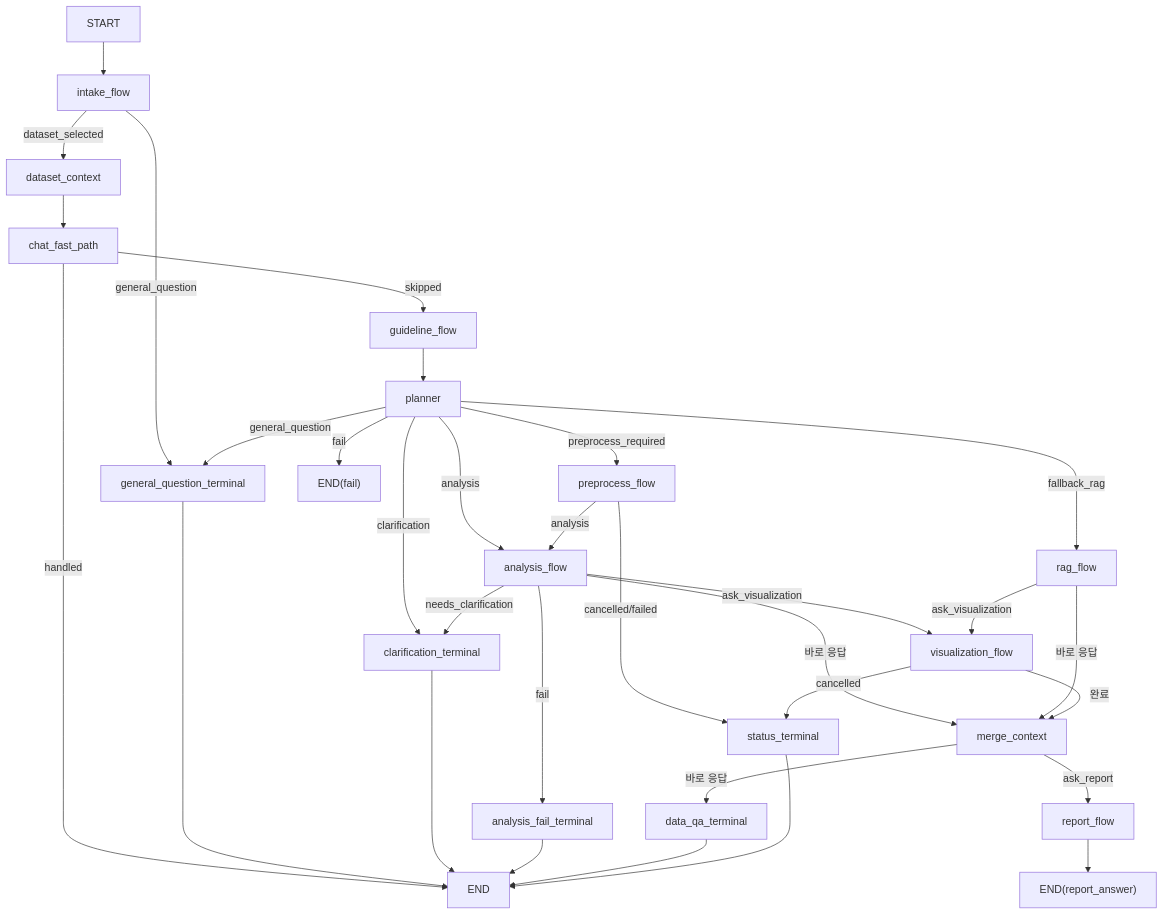
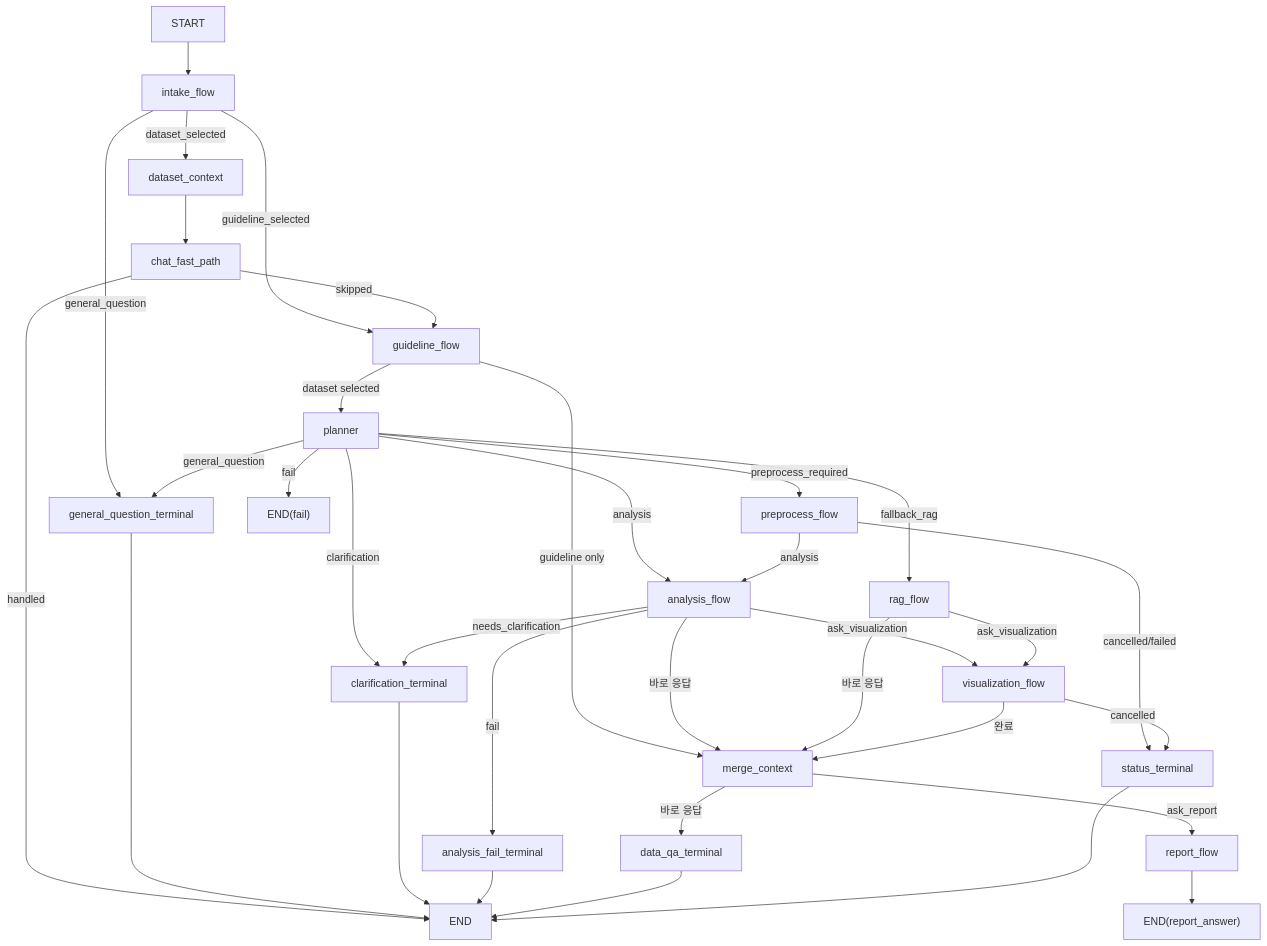
One commit to StableSub/Data-Analysis-Agent changed the diagram in docs/architecture/request-lifecycle.md. Above: the diagram before and after it, drawn with Mermaid. The commit also changed other lines of this file and 6 other files, not shown here.

````diff
--- a/docs/architecture/request-lifecycle.md
+++ b/docs/architecture/request-lifecycle.md
@@ -25,34 +25,36 @@
 ```mermaid
 flowchart TD
     A["START"] --> B["intake_flow"]
     B -->|general_question| C["general_question_terminal"]
     B -->|dataset_selected| D["dataset_context"]
+    B -->|guideline_selected| E["guideline_flow"]
     D --> X["chat_fast_path"]
     X -->|handled| R
     X -->|skipped| E["guideline_flow"]
-    E --> F["planner"]
+    E -->|dataset selected| F["planner"]
+    E -->|guideline only| N["merge_context"]
     F -->|general_question| C
     F -->|fallback_rag| H["rag_flow"]
     F -->|preprocess_required| I["preprocess_flow"]
     F -->|analysis| J["analysis_flow"]
     F -->|clarification| G["clarification_terminal"]
     F -->|fail| Z["END(fail)"]
     I -->|analysis| J
     I -->|cancelled/failed| S["status_terminal"]
     J -->|needs_clarification| G
     J -->|fail| L["analysis_fail_terminal"]
     J -->|ask_visualization| M["visualization_flow"]
     J -->|바로 응답| N["merge_context"]
     H -->|ask_visualization| M
     H -->|바로 응답| N
     M -->|cancelled| S
     M -->|완료| N
     N -->|ask_report| O["report_flow"]
     N -->|바로 응답| P["data_qa_terminal"]
     O --> Q["END(report_answer)"]
     C --> R["END"]
     G --> R
     L --> R
     P --> R
     S --> R
 ```
````
